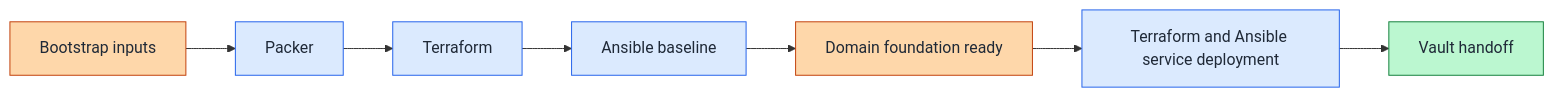
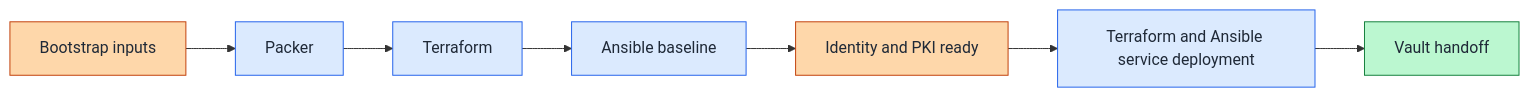
The second of 2 diagrams in docs/architecture/overview.md (Rexus/homelab), drawn with Mermaid before and after one commit. The commit also changed other lines of this file and 34 other files, not shown here.

Commit message:
docs: refine foundation identity and network guidance

````diff
--- a/docs/architecture/overview.md
+++ b/docs/architecture/overview.md
@@ -90,17 +90,17 @@
 ```mermaid
 flowchart LR
   A["Bootstrap inputs"] --> B["Packer"]
   B --> C["Terraform"]
   C --> D["Ansible baseline"]
-  D --> E["Domain foundation ready"]
+  D --> E["Identity and PKI ready"]
   E --> F["Terraform and Ansible service deployment"]
   F --> G["Vault handoff"]
 
   classDef mgmtNode fill:#fed7aa,stroke:#c2410c,color:#1f2937
   classDef buildNode fill:#dbeafe,stroke:#2563eb,color:#1f2937
   classDef vaultNode fill:#bbf7d0,stroke:#15803d,color:#1f2937
 
   class A,E mgmtNode
   class B,C,D,F buildNode
   class G vaultNode
 ```
````
